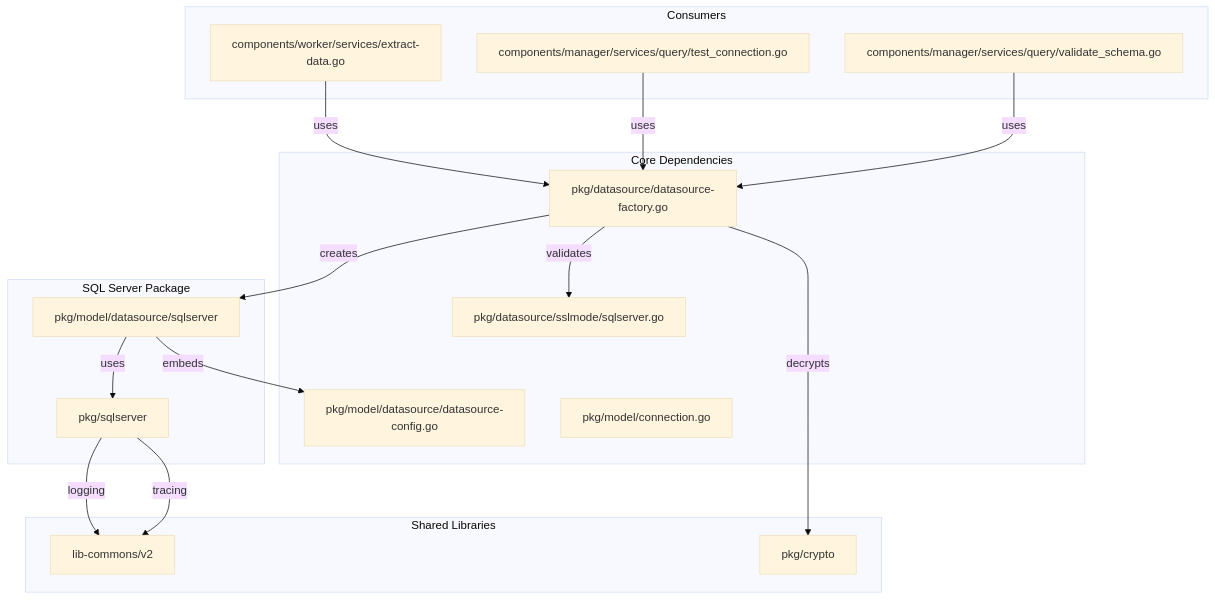
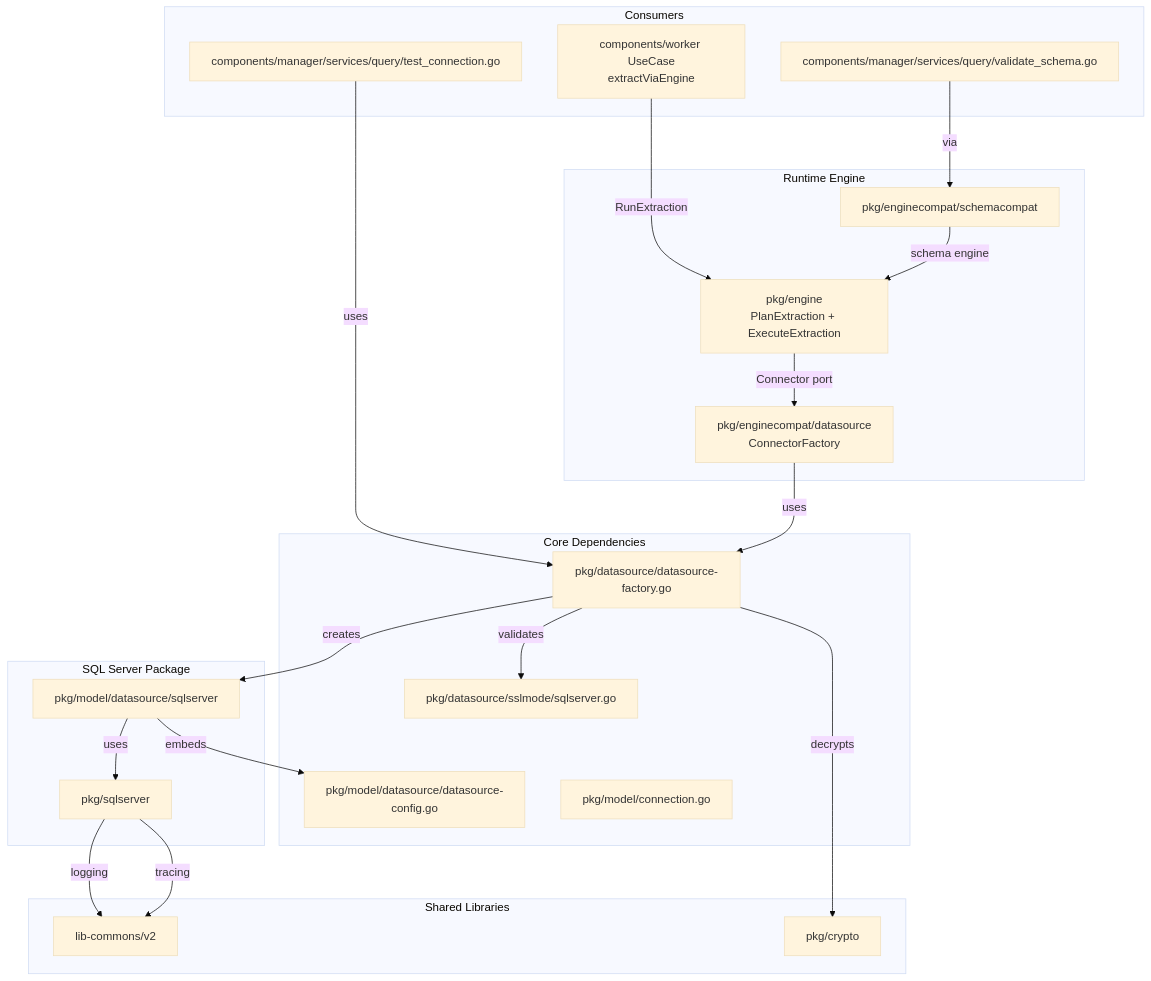
The fifth of 5 diagrams in pkg/sqlserver/README.md (LerianStudio/fetcher), drawn with Mermaid (base theme) before and after one commit. The commit also changed other lines of this file and 10 other files, not shown here.

First line of the commit message:
docs: update architecture documentation for embedded runtime engine

````diff
--- a/pkg/sqlserver/README.md
+++ b/pkg/sqlserver/README.md
@@ -306,39 +306,48 @@
 ```mermaid
 graph TB
     subgraph "Consumers"
-        Worker[components/worker/services/extract-data.go]
+        Worker[components/worker UseCase<br/>extractViaEngine]
         TestConn[components/manager/services/query/test_connection.go]
         ValidateSchema[components/manager/services/query/validate_schema.go]
+    end
+
+    subgraph "Runtime Engine"
+        Engine[pkg/engine<br/>PlanExtraction + ExecuteExtraction]
+        EngineCompat[pkg/enginecompat/datasource<br/>ConnectorFactory]
+        SchemaCompat[pkg/enginecompat/schemacompat]
     end
 
     subgraph "SQL Server Package"
         SQLSrvPkg[pkg/sqlserver]
         ModelSQLSrv[pkg/model/datasource/sqlserver]
     end
 
     subgraph "Core Dependencies"
         DSFactory[pkg/datasource/datasource-factory.go]
         DSConfig[pkg/model/datasource/datasource-config.go]
         SSLMode[pkg/datasource/sslmode/sqlserver.go]
         Model[pkg/model/connection.go]
     end
 
     subgraph "Shared Libraries"
         LibCommons[lib-commons/v2]
         Crypto[pkg/crypto]
     end
 
-    Worker -->|uses| DSFactory
+    Worker -->|RunExtraction| Engine
     TestConn -->|uses| DSFactory
-    ValidateSchema -->|uses| DSFactory
+    ValidateSchema -->|via| SchemaCompat
+    Engine -->|Connector port| EngineCompat
+    SchemaCompat -->|schema engine| Engine
+    EngineCompat -->|uses| DSFactory
 
     DSFactory -->|creates| ModelSQLSrv
     DSFactory -->|validates| SSLMode
     DSFactory -->|decrypts| Crypto
 
     ModelSQLSrv -->|embeds| DSConfig
     ModelSQLSrv -->|uses| SQLSrvPkg
 
     SQLSrvPkg -->|logging| LibCommons
     SQLSrvPkg -->|tracing| LibCommons
 ```
````
